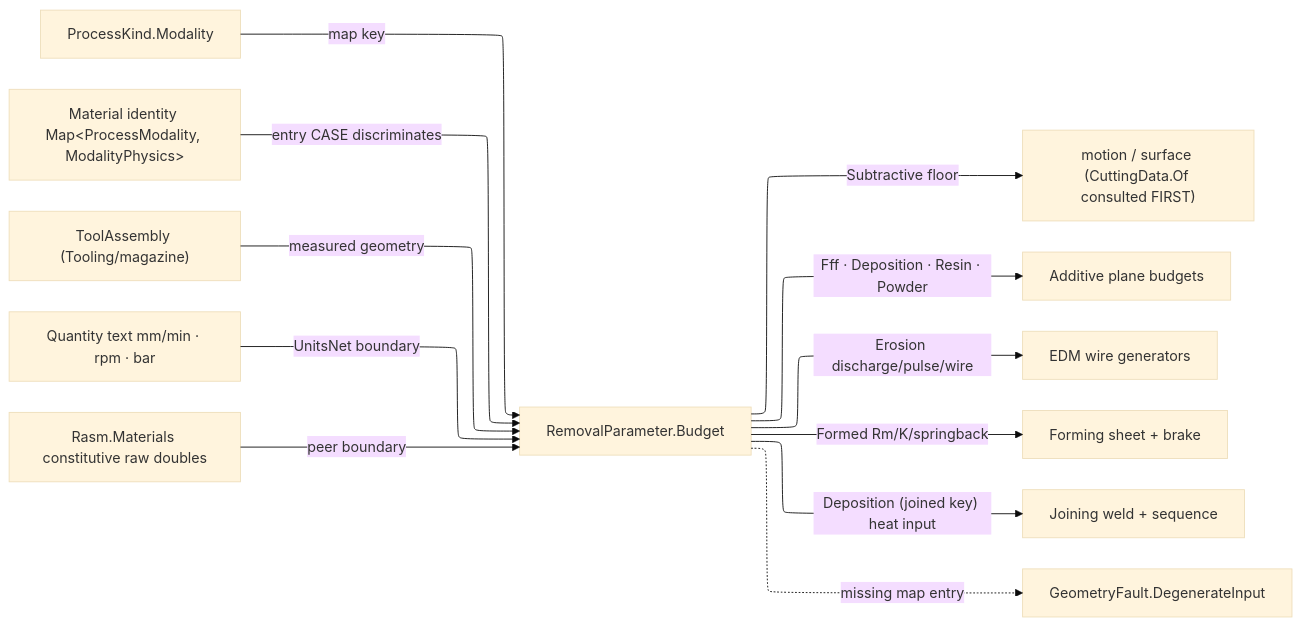
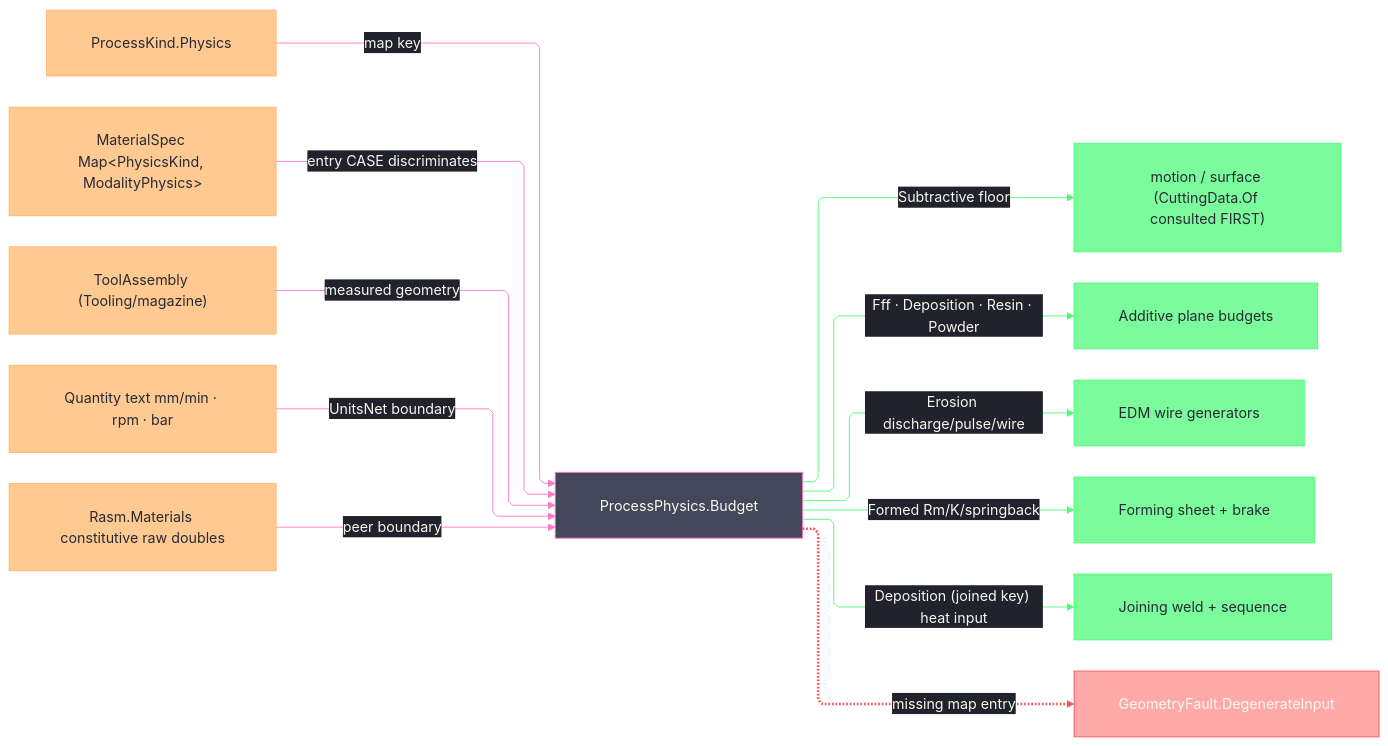
One commit to bsamiee/Rasm changed the diagram in libs/csharp/Rasm.Fabrication/.planning/Process/physics.md. Above: the diagram before and after it, drawn with Mermaid. The commit also changed other lines of this file and 128 other files, not shown here.

First line of the commit message:
snapshot: Fabrication rebuild-run corpus landed + fleet one-fable-seat collapse + pr-loop universal rebuild, mid clean-refactor

````diff
--- a/libs/csharp/Rasm.Fabrication/.planning/Process/physics.md
+++ b/libs/csharp/Rasm.Fabrication/.planning/Process/physics.md
@@ -230,19 +510,49 @@
 ```mermaid
 ---
 config:
+  theme: base
+  look: classic
   layout: elk
-  theme: base
+  flowchart:
+    curve: linear
+    padding: 25
+  themeVariables:
+    darkMode: true
+    fontFamily: "SF Mono, Menlo, Cascadia Mono, Segoe UI Mono, Consolas, monospace"
+    useGradient: false
+    dropShadow: "none"
+    background: "#282A36"
+    primaryColor: "#44475A"
+    primaryTextColor: "#F8F8F2"
+    primaryBorderColor: "#BD93F9"
+    lineColor: "#FF79C6"
+    textColor: "#F8F8F2"
+    edgeLabelBackground: "#21222C"
+    labelBackgroundColor: "#21222C"
+  themeCSS: ".nodeLabel{font-size:13px;font-weight:500}.edgeLabel{font-size:12px;font-weight:500}.cluster-label .nodeLabel{font-size:13.5px;font-weight:700;letter-spacing:.08em}.edge-thickness-normal{stroke-width:2px}.edge-thickness-thick{stroke-width:3px}.edge-pattern-dashed,.edge-pattern-dotted{stroke-width:1.5px;stroke-dasharray:4 6}.node rect,.node circle,.node polygon,.node path,.node .outer-path{stroke-width:1.5px;filter:none!important}.cluster rect{stroke-width:1px!important;stroke-dasharray:5 4!important;filter:none!important}.marker path{transform:scale(.8);transform-origin:5px 5px}.marker circle{transform:scale(.48);transform-origin:5px 5px}.edgeLabel rect{transform-box:fill-box;transform-origin:center;transform:scale(1.1,1.2)}"
 ---
 flowchart LR
-    ProcessKind["ProcessKind.Modality"] -->|map key| Budget["RemovalParameter.Budget"]
-    Material["Material identity Map&lt;ProcessModality, ModalityPhysics&gt;"] -->|entry CASE discriminates| Budget
+    accTitle: Fabrication physics-budget dispatch
+    accDescr: Process modality, material physics, tool shape, quantity inputs, and constitutive data converge on one budget fold whose closed result cases feed subtractive, additive, erosion, forming, and joining consumers.
+    ProcessKind["ProcessKind.Physics"] -->|map key| Budget["ProcessPhysics.Budget"]
+    Material["MaterialSpec Map&lt;PhysicsKind, ModalityPhysics&gt;"] -->|entry CASE discriminates| Budget
     Assembly["ToolAssembly (Tooling/magazine)"] -->|measured geometry| Budget
     Quantity["Quantity text mm/min · rpm · bar"] -->|UnitsNet boundary| Budget
     Constitutive["Rasm.Materials constitutive raw doubles"] -->|peer boundary| Budget
     Budget -->|Subtractive floor| Cam["motion / surface (CuttingData.Of consulted FIRST)"]
     Budget -->|Fff · Deposition · Resin · Powder| AM["Additive plane budgets"]
     Budget -->|Erosion discharge/pulse/wire| Edm["EDM wire generators"]
     Budget -->|Formed Rm/K/springback| Form["Forming sheet + brake"]
     Budget -->|"Deposition (joined key) heat input"| Weld["Joining weld + sequence"]
     Budget -.->|missing map entry| Degen["GeometryFault.DegenerateInput"]
+    linkStyle 5,6,7,8,9 stroke:#50FA7B,color:#F8F8F2
+    linkStyle 10 stroke:#FF5555,stroke-width:3px,color:#F8F8F2
+    classDef primary fill:#44475A,stroke:#FF79C6,color:#F8F8F2
+    classDef success fill:#50FA7BBF,stroke:#50FA7B,color:#282A36
+    classDef data fill:#FFB86CBF,stroke:#FFB86C,color:#282A36
+    classDef error fill:#FF555580,stroke:#FF5555,color:#F8F8F2
+    class Budget primary
+    class Cam,AM,Edm,Form,Weld success
+    class ProcessKind,Material,Assembly,Quantity,Constitutive data
+    class Degen error
 ```
````
